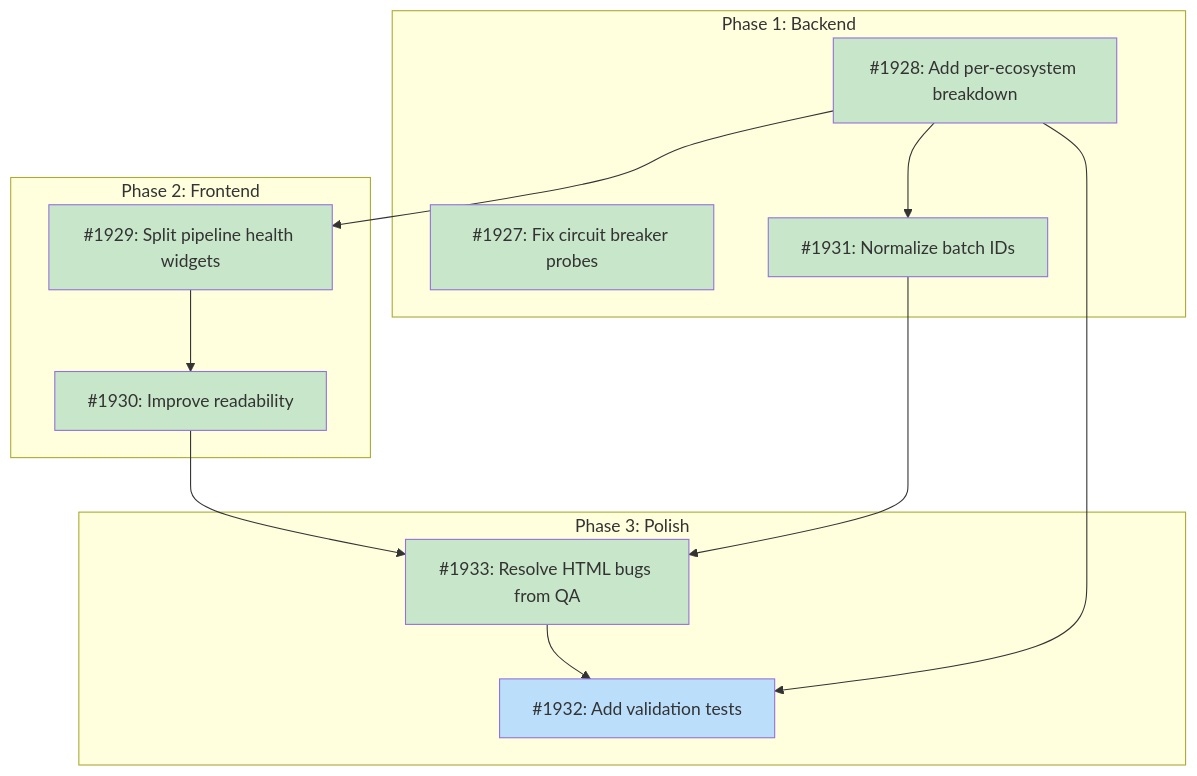
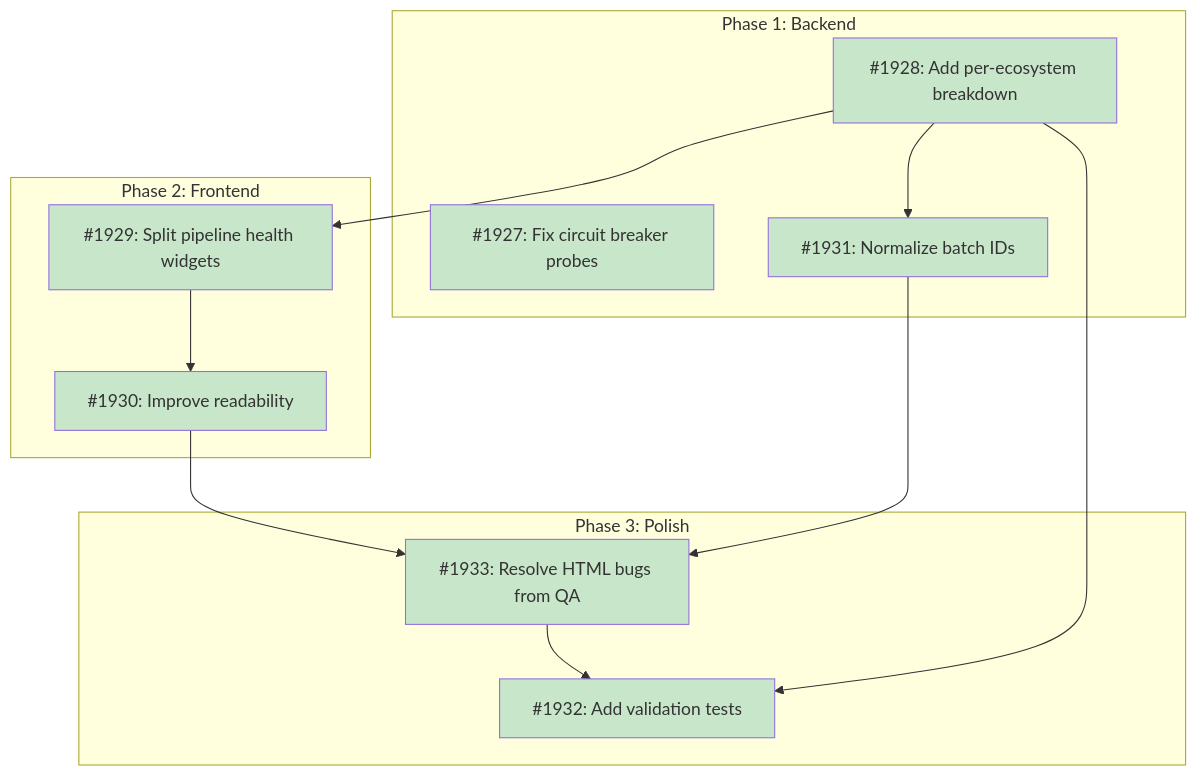
Before and after one commit to tsukumogami/tsuku: the diagram in docs/designs/DESIGN-pipeline-dashboard-overhaul.md, drawn with Mermaid. The commit also changed other lines of this file and 1 other file, not shown here.

````diff
--- a/docs/designs/DESIGN-pipeline-dashboard-overhaul.md
+++ b/docs/designs/DESIGN-pipeline-dashboard-overhaul.md
@@ -55,35 +55,34 @@
 ```mermaid
 graph TD
     subgraph Phase1["Phase 1: Backend"]
         I1927["#1927: Fix circuit breaker probes"]
         I1928["#1928: Add per-ecosystem breakdown"]
         I1931["#1931: Normalize batch IDs"]
     end
 
     subgraph Phase2["Phase 2: Frontend"]
         I1929["#1929: Split pipeline health widgets"]
         I1930["#1930: Improve readability"]
     end
 
     subgraph Phase3["Phase 3: Polish"]
         I1933["#1933: Resolve HTML bugs from QA"]
         I1932["#1932: Add validation tests"]
     end
 
     I1928 --> I1929
     I1928 --> I1931
     I1928 --> I1932
     I1929 --> I1930
     I1930 --> I1933
     I1931 --> I1933
     I1933 --> I1932
 
     classDef done fill:#c8e6c9
     classDef ready fill:#bbdefb
     classDef blocked fill:#fff9c4
     classDef needsDesign fill:#e1bee7
     classDef tracksDesign fill:#FFE0B2,stroke:#F57C00,color:#000
 
-    class I1927,I1928,I1929,I1930,I1931,I1933 done
-    class I1932 ready
+    class I1927,I1928,I1929,I1930,I1931,I1932,I1933 done
 ```
````
